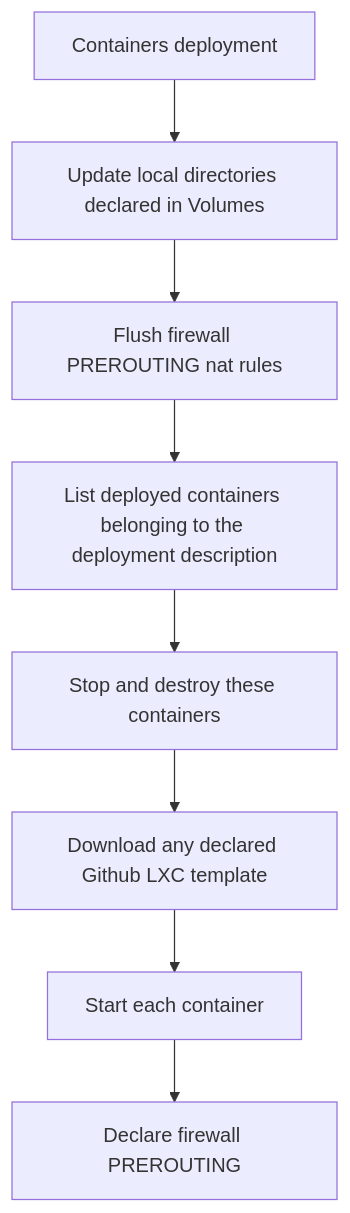
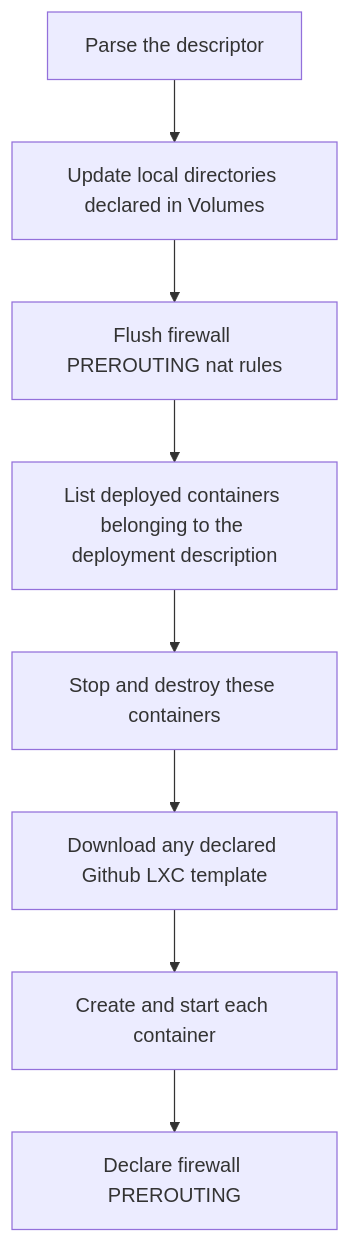
The first of 2 diagrams in doc/modules/ROOT/pages/updateWorkflow.adoc (scarisey/pct-compose), drawn with Mermaid before and after one commit. The commit also changed other lines of this file and 2 other files, not shown here.

```diff
--- a/doc/modules/ROOT/pages/updateWorkflow.adoc
+++ b/doc/modules/ROOT/pages/updateWorkflow.adoc
@@ -9,11 +9,11 @@
 [mermaid]
 ....
 flowchart TD
-    A[Containers deployment] --> B[Update local directories declared in Volumes]
+    A[Parse the descriptor] --> B[Update local directories declared in Volumes]
     B --> C[Flush firewall PREROUTING nat rules]
     C --> D[List deployed containers belonging to the deployment description]
     D --> E[Stop and destroy these containers]
     E --> F[Download any declared Github LXC template]
-    F --> G[Start each container]
+    F --> G[Create and start each container]
     G --> H[Declare firewall PREROUTING]
 ....
```
